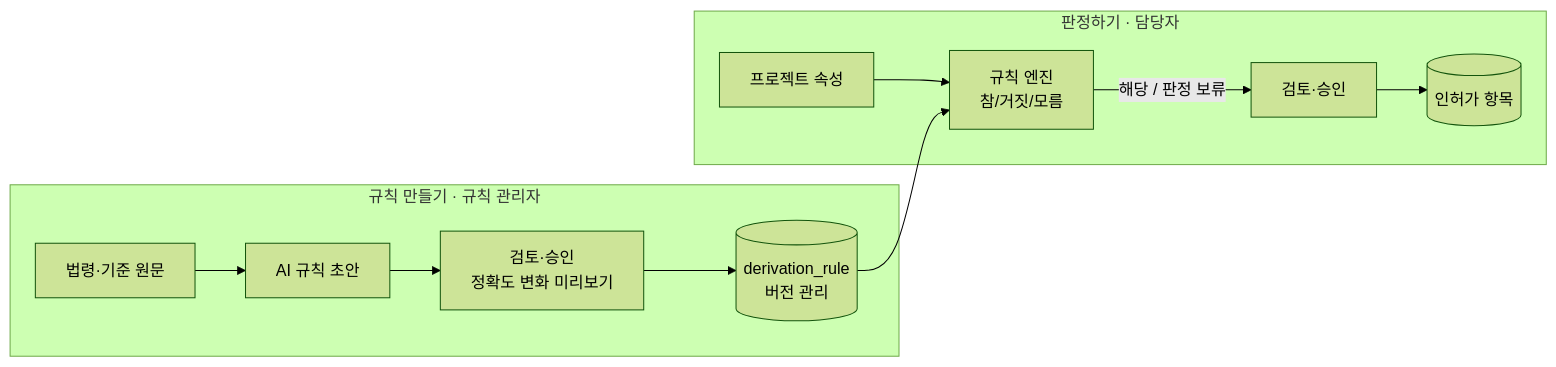
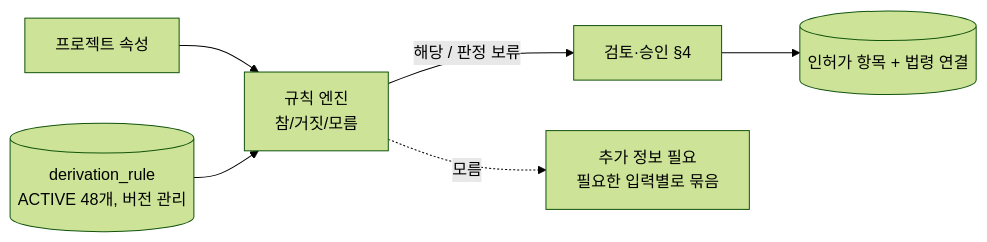
The fourth of 5 diagrams in docs/ARCHITECTURE.md (Dawit-lee/Environmental-License-System), drawn with Mermaid (forest theme) before and after one commit. The commit also changed other lines of this file and 7 other files, not shown here.

Commit message:
docs: README·ARCHITECTURE를 설계사 중심 방향으로 갱신, PORTFOLIO 추가

````diff
--- a/docs/ARCHITECTURE.md
+++ b/docs/ARCHITECTURE.md
@@ -136,14 +130,8 @@
 ```mermaid
 flowchart LR
-  subgraph MAKE["규칙 만들기 · 규칙 관리자"]
-    SRC[법령·기준 원문] --> DRAFT[AI 규칙 초안]
-    DRAFT --> RV1[검토·승인<br/>정확도 변화 미리보기]
-    RV1 --> RULES[(derivation_rule<br/>버전 관리)]
-  end
-  subgraph JUDGE["판정하기 · 담당자"]
-    ATTR[프로젝트 속성] --> ENG[규칙 엔진<br/>참/거짓/모름]
-    RULES --> ENG
-    ENG -->|해당 / 판정 보류| RV2[검토·승인]
-    RV2 --> PI[(인허가 항목)]
-  end
+  ATTR[프로젝트 속성] --> ENG[규칙 엔진<br/>참/거짓/모름]
+  RULES[(derivation_rule<br/>ACTIVE 48개, 버전 관리)] --> ENG
+  ENG -->|해당 / 판정 보류| RV[검토·승인 §4]
+  RV --> PI[(인허가 항목 + 법령 연결)]
+  ENG -.->|모름| ASK[추가 정보 필요<br/>필요한 입력별로 묶음]
 ```
````
